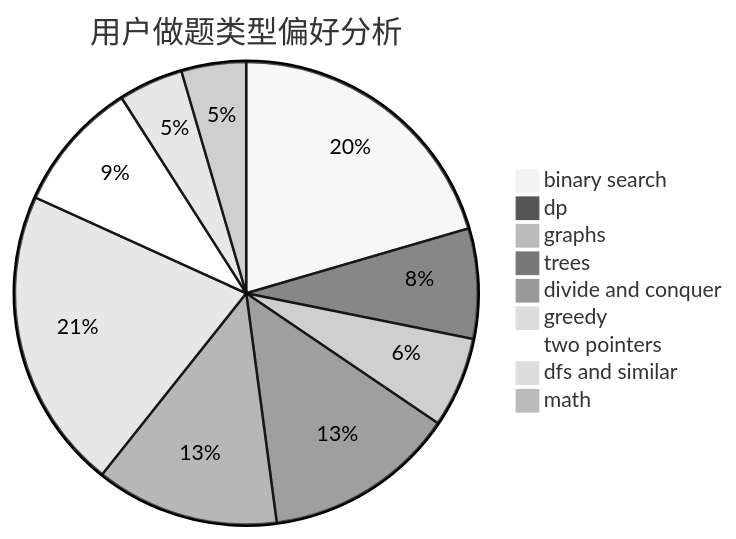
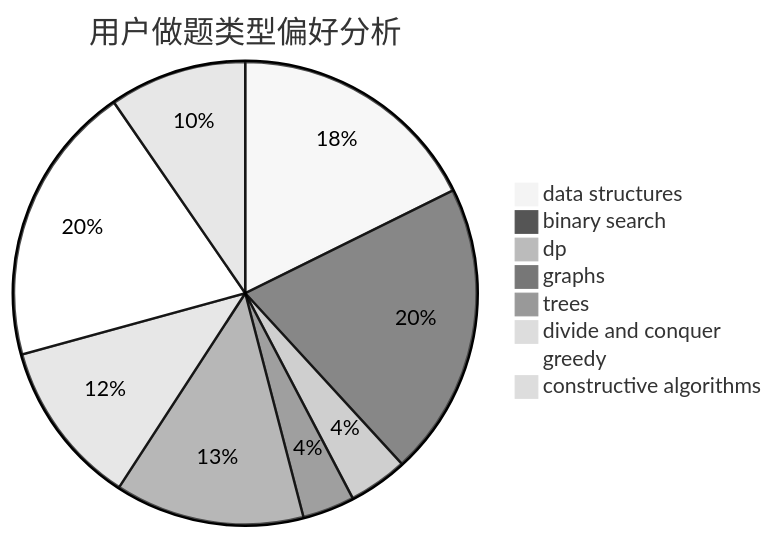
One commit to sherpahu/cfrs.github.io changed the second of 3 diagrams in docs/user/u374.md. Above: the diagram before and after it, drawn with Mermaid (neutral theme). The commit also changed other lines of this file and 2775 other files, not shown here.

````diff
--- a/docs/user/u374.md
+++ b/docs/user/u374.md
@@ -23,12 +23,11 @@
 ```mermaid
 pie title 用户做题类型偏好分析
-    "binary search" :  136
-    "dp" :  51
-    "graphs" :  42
-    "trees" :  89
-    "divide and conquer" :  85
-    "greedy" :  140
-    "two pointers" :  61
-    "dfs and similar" :  30
-    "math" :  30
+    "data structures" :  107
+    "binary search" :  124
+    "dp" :  25
+    "graphs" :  22
+    "trees" :  80
+    "divide and conquer" :  70
+    "greedy" :  119
+    "constructive algorithms" :  58
 ```
````
